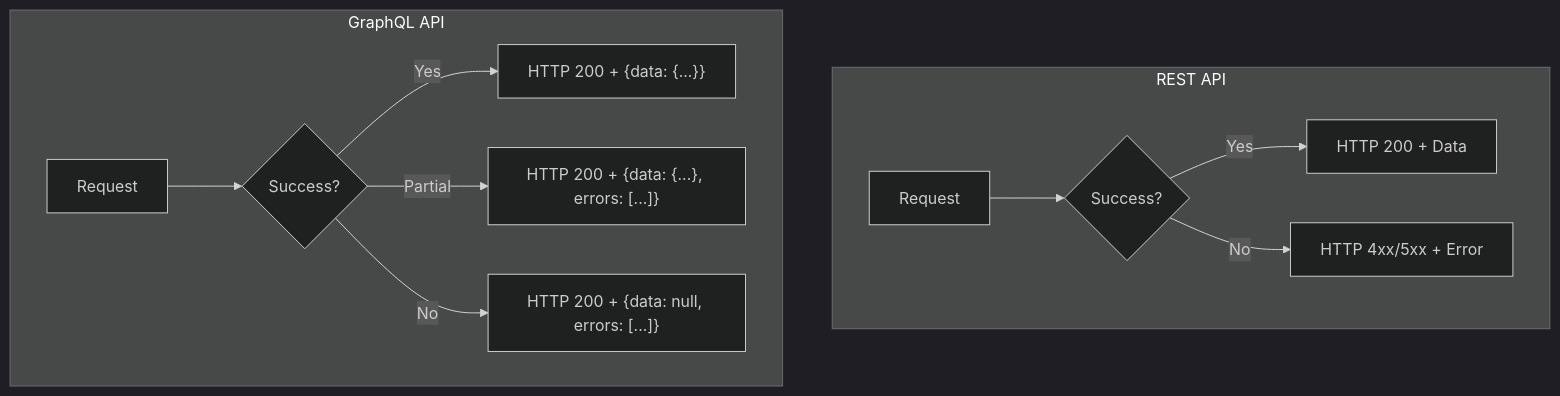
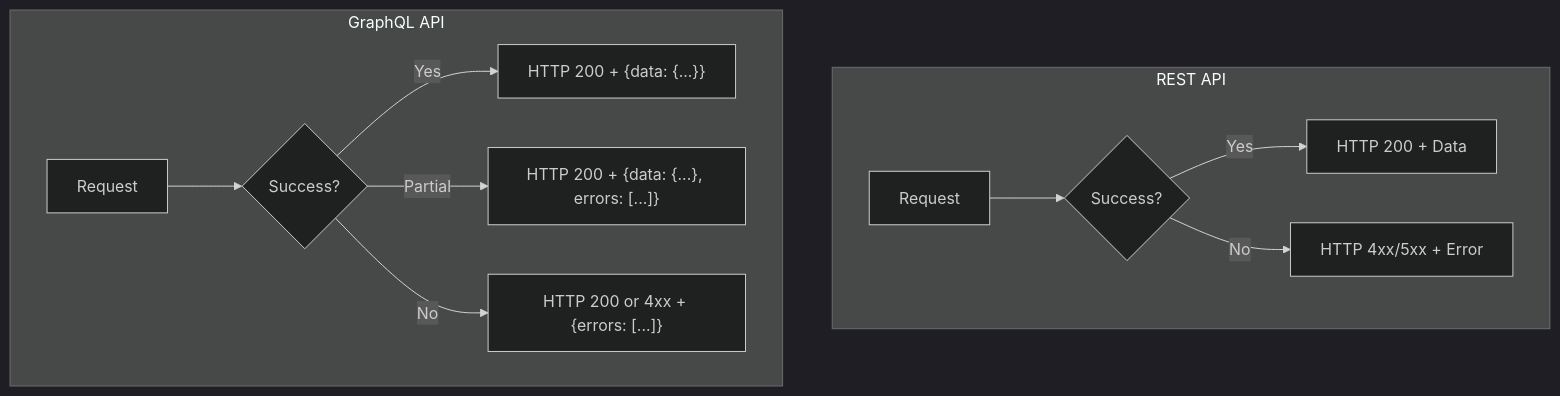
Before and after one commit to OneUptime/blog: the first of 3 diagrams in posts/2026-01-30-graphql-error-handling/README.md, drawn with Mermaid (dark theme). The commit also changed other lines of this file and 2 other files, not shown here.

Commit message:
validate: 2026-01-30-graphql-error-handling

````diff
--- a/posts/2026-01-30-graphql-error-handling/README.md
+++ b/posts/2026-01-30-graphql-error-handling/README.md
@@ -17,15 +17,15 @@
 ```mermaid
 flowchart TD
     subgraph REST["REST API"]
         R1[Request] --> R2{Success?}
         R2 -->|Yes| R3[HTTP 200 + Data]
         R2 -->|No| R4[HTTP 4xx/5xx + Error]
     end
 
     subgraph GQL["GraphQL API"]
         G1[Request] --> G2{Success?}
         G2 -->|Yes| G3["HTTP 200 + {data: {...}}"]
         G2 -->|Partial| G4["HTTP 200 + {data: {...}, errors: [...]}"]
-        G2 -->|No| G5["HTTP 200 + {data: null, errors: [...]}"]
+        G2 -->|No| G5["HTTP 200 or 4xx + {errors: [...]}"]
     end
 ```
````
